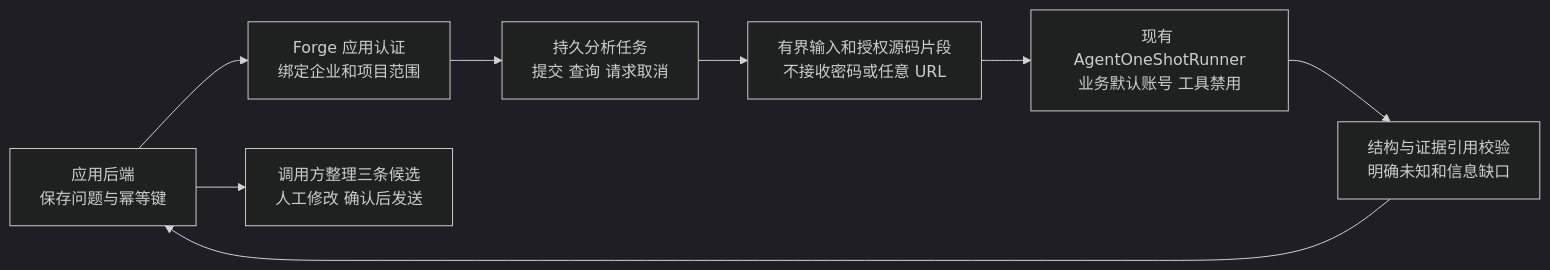
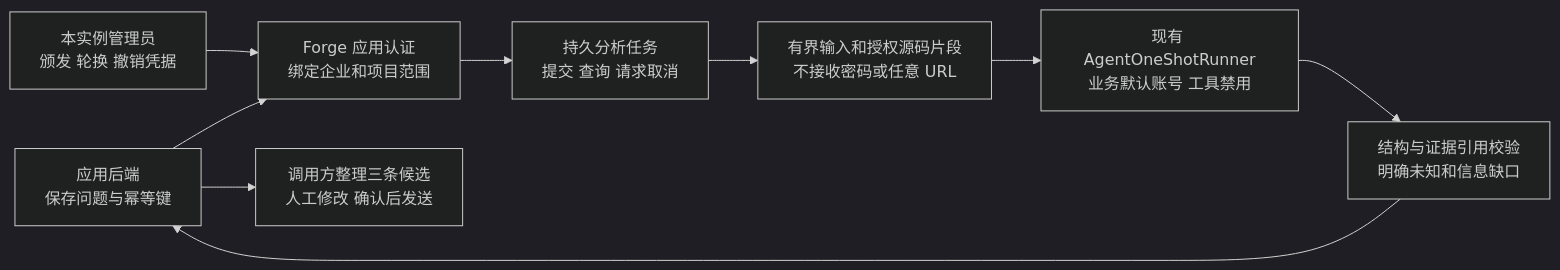
One commit to exception-coder/kai-toolbox changed diagram 39 of 40 in docs/ai-coding-architecture.md. Above: the diagram before and after it, drawn with Mermaid (dark theme). The commit also changed other lines of this file and 19 other files, not shown here.

````diff
--- a/docs/ai-coding-architecture.md
+++ b/docs/ai-coding-architecture.md
@@ -988,10 +988,11 @@
 ```mermaid
 flowchart LR
     APP["应用后端<br/>保存问题与幂等键"] --> AUTH["Forge 应用认证<br/>绑定企业和项目范围"]
+    ADMIN["本实例管理员<br/>颁发 轮换 撤销凭据"] --> AUTH
     AUTH --> TASK["持久分析任务<br/>提交 查询 请求取消"]
     TASK --> DATA["有界输入和授权源码片段<br/>不接收密码或任意 URL"]
     DATA --> AGENT["现有 AgentOneShotRunner<br/>业务默认账号 工具禁用"]
     AGENT --> CHECK["结构与证据引用校验<br/>明确未知和信息缺口"]
     CHECK --> APP
     APP --> HUMAN["调用方整理三条候选<br/>人工修改 确认后发送"]
 ```
````
